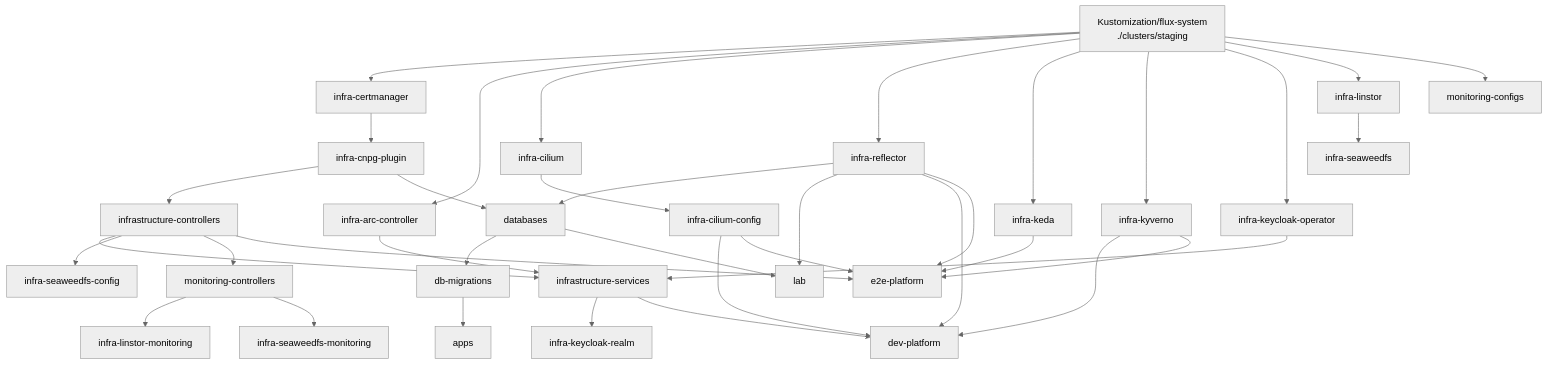
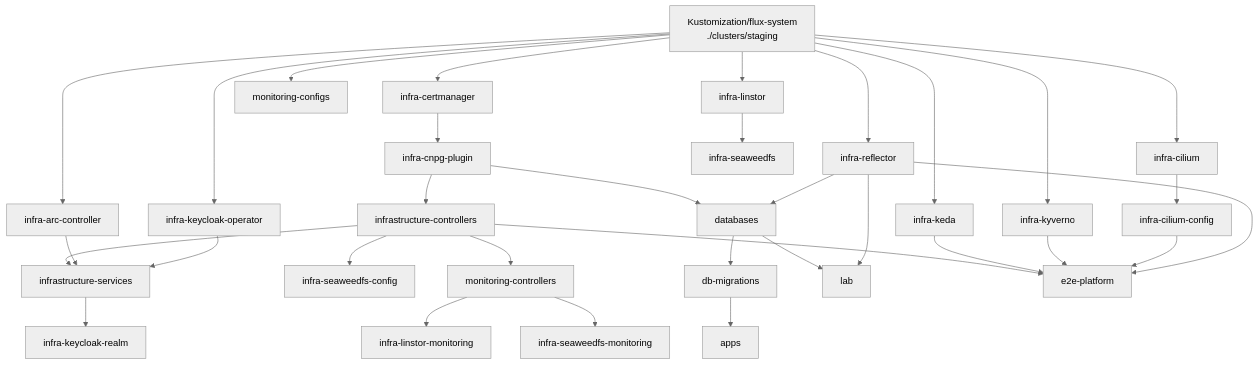
Before and after one commit to eliorion/homelab_v1: the diagram in clusters/README.md, drawn with Mermaid (neutral theme). The commit also changed other lines of this file and 64 other files, not shown here.

First line of the commit message:
chore(dev): remove the per-PR preview tier, superseded by the e2e platform (#185)

````diff
--- a/clusters/README.md
+++ b/clusters/README.md
@@ -220,46 +214,41 @@
 ```mermaid
 flowchart TD
     root["Kustomization/flux-system\n./clusters/staging"]
 
     root --> cm["infra-certmanager"]
     root --> arc["infra-arc-controller"]
     root --> cil["infra-cilium"]
     root --> refl["infra-reflector"]
     root --> keda["infra-keda"]
     root --> kyv["infra-kyverno"]
     root --> kco["infra-keycloak-operator"]
     root --> lin["infra-linstor"]
     root --> moncfg["monitoring-configs"]
 
     cm --> plugin["infra-cnpg-plugin"]
     cil --> cilcfg["infra-cilium-config"]
     lin --> sw["infra-seaweedfs"]
     plugin --> ctrl["infrastructure-controllers"]
     ctrl --> svc["infrastructure-services"]
     arc --> svc
     kco --> svc
     svc --> realm["infra-keycloak-realm"]
     ctrl --> swcfg["infra-seaweedfs-config"]
 
     ctrl --> mon["monitoring-controllers"]
     mon --> linmon["infra-linstor-monitoring"]
     mon --> swmon["infra-seaweedfs-monitoring"]
 
     plugin --> db["databases"]
     refl --> db
     db --> mig["db-migrations"]
     mig --> apps["apps"]
     db --> lab["lab"]
     refl --> lab
 
-    svc --> devp["dev-platform"]
-    kyv --> devp
-    cilcfg --> devp
-    refl --> devp
-
     ctrl --> e2e["e2e-platform"]
     keda --> e2e
     kyv --> e2e
     cilcfg --> e2e
     refl --> e2e
 ```
````
